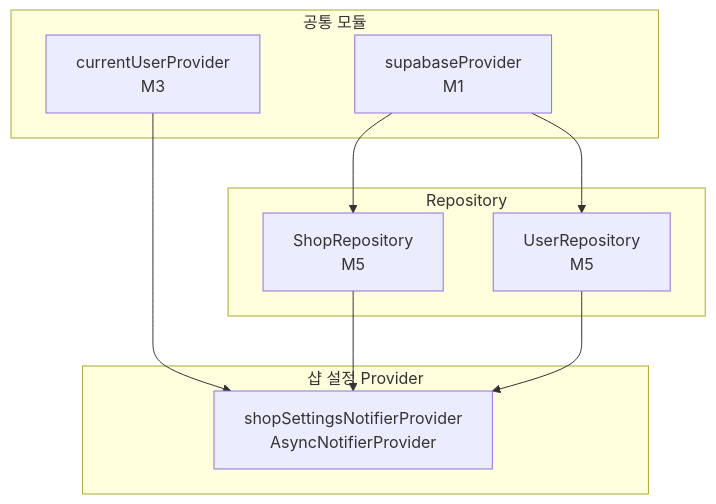
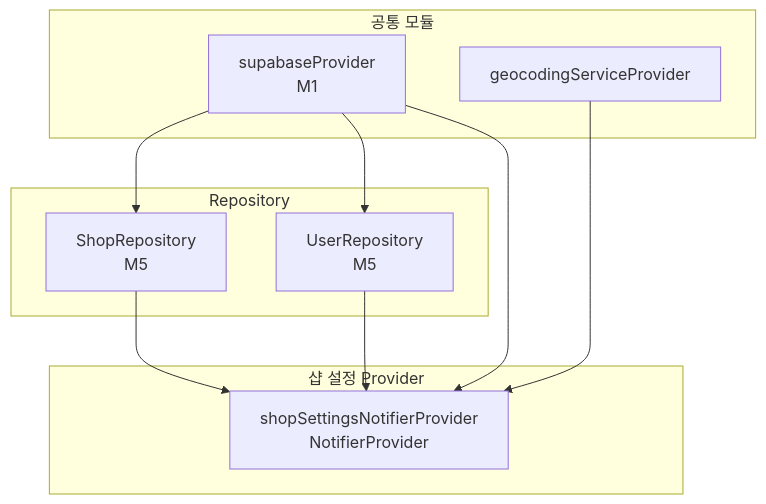
The diagram in docs/pages/shop-settings/state.md (Pakkoc/badminton_app), drawn with Mermaid before and after one commit. The commit also changed other lines of this file and 2 other files, not shown here.

````diff
--- a/docs/pages/shop-settings/state.md
+++ b/docs/pages/shop-settings/state.md
@@ -71,22 +55,23 @@
 ```mermaid
 flowchart TD
     subgraph 공통 모듈
         SP[supabaseProvider<br/>M1]
-        AUTH[currentUserProvider<br/>M3]
+        GEO[geocodingServiceProvider]
     end
 
     subgraph Repository
         SHOP_R[ShopRepository<br/>M5]
         USER_R[UserRepository<br/>M5]
     end
 
     subgraph 샵 설정 Provider
-        SS[shopSettingsNotifierProvider<br/>AsyncNotifierProvider]
+        SS[shopSettingsNotifierProvider<br/>NotifierProvider]
     end
 
     SP --> SHOP_R
     SP --> USER_R
-    AUTH --> SS
+    SP --> SS
+    GEO --> SS
     SHOP_R --> SS
     USER_R --> SS
 ```
````
